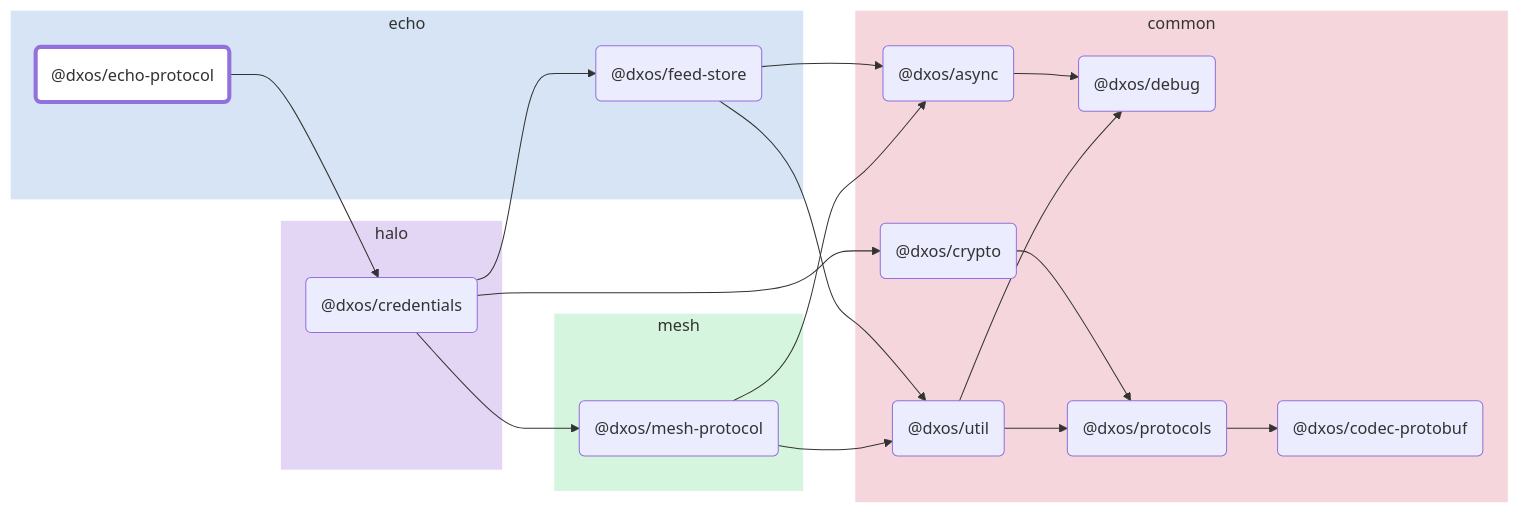
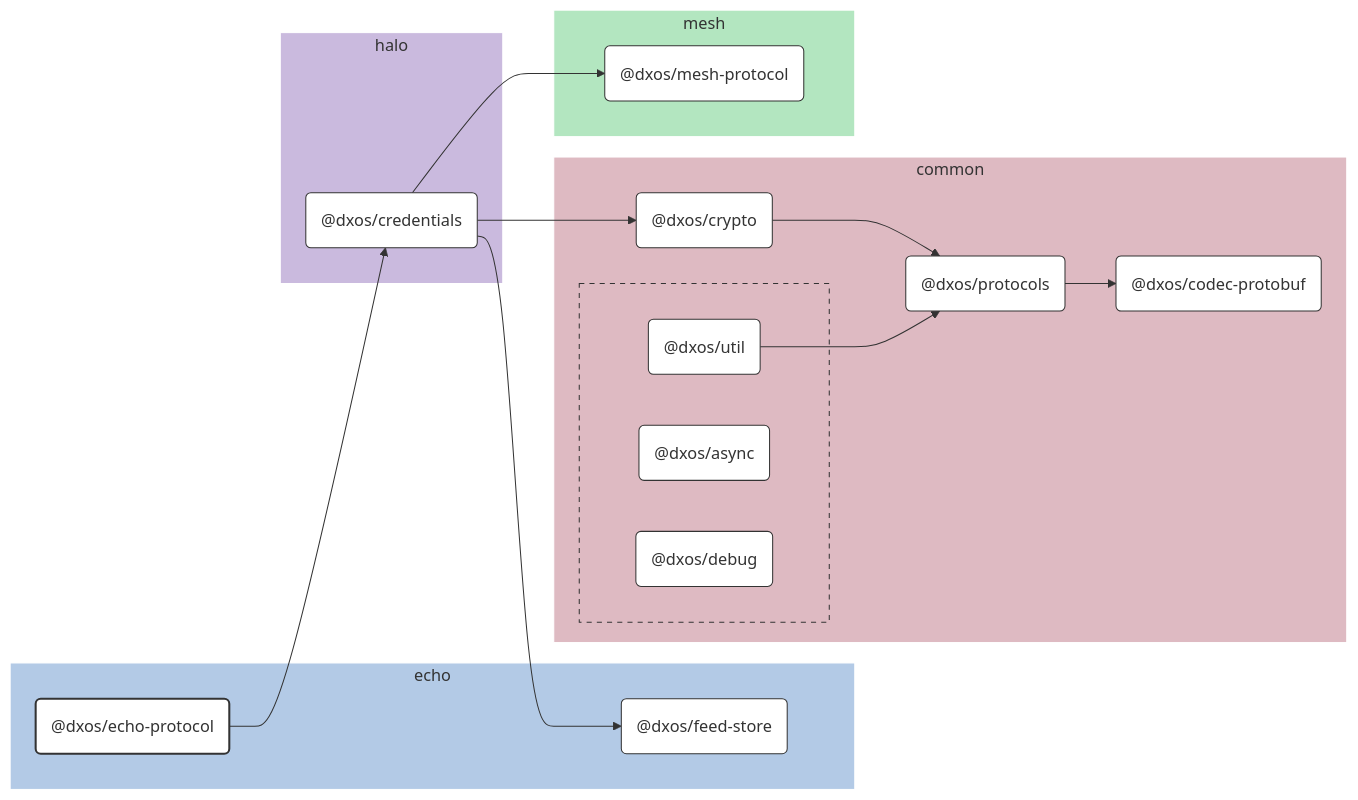
One commit to dxos/dxos changed the diagram in packages/echo/echo-protocol/docs/README.md. Above: the diagram before and after it, drawn with Mermaid. The commit also changed 100 other files, not shown here.

````diff
--- a/packages/echo/echo-protocol/docs/README.md
+++ b/packages/echo/echo-protocol/docs/README.md
@@ -7,55 +7,79 @@
 ```mermaid
-flowchart LR;
+%%{ init: {'flowchart':{'curve':'basis'}} }%%
 
-style dxos/echo-protocol fill:#fff,stroke-width:4px;
+flowchart LR
 
-click dxos/async "https:/github.com/dxos/dxos/tree/main/packages/common/async/docs";
-click dxos/debug "https:/github.com/dxos/dxos/tree/main/packages/common/debug/docs";
-click dxos/codec-protobuf "https:/github.com/dxos/dxos/tree/main/packages/common/codec-protobuf/docs";
-click dxos/credentials "https:/github.com/dxos/dxos/tree/main/packages/halo/credentials/docs";
-click dxos/crypto "https:/github.com/dxos/dxos/tree/main/packages/common/crypto/docs";
-click dxos/feed-store "https:/github.com/dxos/dxos/tree/main/packages/echo/feed-store/docs";
-click dxos/mesh-protocol "https:/github.com/dxos/dxos/tree/main/packages/mesh/mesh-protocol/docs";
-click dxos/protocols "https:/github.com/dxos/dxos/tree/main/packages/common/protocols/docs";
-click dxos/util "https:/github.com/dxos/dxos/tree/main/packages/common/util/docs";
+%% Links
+dxos/credentials --> dxos/crypto;
+dxos/credentials --> dxos/feed-store;
+dxos/credentials --> dxos/mesh-protocol;
+dxos/crypto --> dxos/protocols;
+dxos/echo-protocol --> dxos/credentials;
+dxos/protocols --> dxos/codec-protobuf;
+dxos/util --> dxos/protocols;
 
+%% Sections
 subgraph echo
-  style echo fill:#d6e4f5,stroke:#fff;
-  dxos/echo-protocol("@dxos/echo-protocol");
-  dxos/feed-store("@dxos/feed-store");
+  style echo fill:#b3cae6,stroke:#fff;
+
+  dxos/echo-protocol("@dxos/echo-protocol")
+  dxos/feed-store("@dxos/feed-store")
 end
 
 subgraph common
-  style common fill:#f5d6dd,stroke:#fff;
-  dxos/async("@dxos/async");
-  dxos/debug("@dxos/debug");
-  dxos/codec-protobuf("@dxos/codec-protobuf");
-  dxos/crypto("@dxos/crypto");
-  dxos/protocols("@dxos/protocols");
-  dxos/util("@dxos/util");
+  style common fill:#debac2,stroke:#fff;
+
+  dxos/codec-protobuf("@dxos/codec-protobuf")
+  dxos/crypto("@dxos/crypto")
+  dxos/protocols("@dxos/protocols")
+
+  subgraph common-excluded [ ]
+    style common-excluded fill:#debac2,stroke:#333,stroke-dasharray:5 5;
+
+    dxos/async("@dxos/async")
+    dxos/debug("@dxos/debug")
+    dxos/util("@dxos/util")
+  end
 end
 
 subgraph halo
-  style halo fill:#e3d6f5,stroke:#fff;
-  dxos/credentials("@dxos/credentials");
+  style halo fill:#cabade,stroke:#fff;
+
+  dxos/credentials("@dxos/credentials")
 end
 
 subgraph mesh
-  style mesh fill:#d6f5de,stroke:#fff;
-  dxos/mesh-protocol("@dxos/mesh-protocol");
+  style mesh fill:#b3e6c0,stroke:#fff;
+
+  dxos/mesh-protocol("@dxos/mesh-protocol")
 end
 
-dxos/async --> dxos/debug;
-dxos/echo-protocol --> dxos/credentials;
-dxos/credentials --> dxos/crypto;
-dxos/crypto --> dxos/protocols;
-dxos/protocols --> dxos/codec-protobuf;
-dxos/credentials --> dxos/feed-store;
-dxos/feed-store --> dxos/async;
-dxos/feed-store --> dxos/util;
-dxos/util --> dxos/debug;
-dxos/util --> dxos/protocols;
-dxos/credentials --> dxos/mesh-protocol;
-dxos/mesh-protocol --> dxos/async;
-dxos/mesh-protocol --> dxos/util;
+
+%% Hyperlinks
+click dxos/async href "https:/github.com/dxos/dxos/tree/main/packages/common/async/docs";
+click dxos/codec-protobuf href "https:/github.com/dxos/dxos/tree/main/packages/common/codec-protobuf/docs";
+click dxos/credentials href "https:/github.com/dxos/dxos/tree/main/packages/halo/credentials/docs";
+click dxos/crypto href "https:/github.com/dxos/dxos/tree/main/packages/common/crypto/docs";
+click dxos/debug href "https:/github.com/dxos/dxos/tree/main/packages/common/debug/docs";
+click dxos/feed-store href "https:/github.com/dxos/dxos/tree/main/packages/echo/feed-store/docs";
+click dxos/mesh-protocol href "https:/github.com/dxos/dxos/tree/main/packages/mesh/mesh-protocol/docs";
+click dxos/protocols href "https:/github.com/dxos/dxos/tree/main/packages/common/protocols/docs";
+click dxos/util href "https:/github.com/dxos/dxos/tree/main/packages/common/util/docs";
+
+%% Styles
+classDef rootNode fill:#fff,stroke:#333,stroke-width:2px
+classDef defaultNode fill:#fff,stroke:#333,stroke-width:1px
+linkStyle default stroke:#333,stroke-width:1px
+
+dxos/echo-protocol:::rootNode
+
+dxos/async:::defaultNode
+dxos/codec-protobuf:::defaultNode
+dxos/credentials:::defaultNode
+dxos/crypto:::defaultNode
+dxos/debug:::defaultNode
+dxos/feed-store:::defaultNode
+dxos/mesh-protocol:::defaultNode
+dxos/protocols:::defaultNode
+dxos/util:::defaultNode
 ```
````
